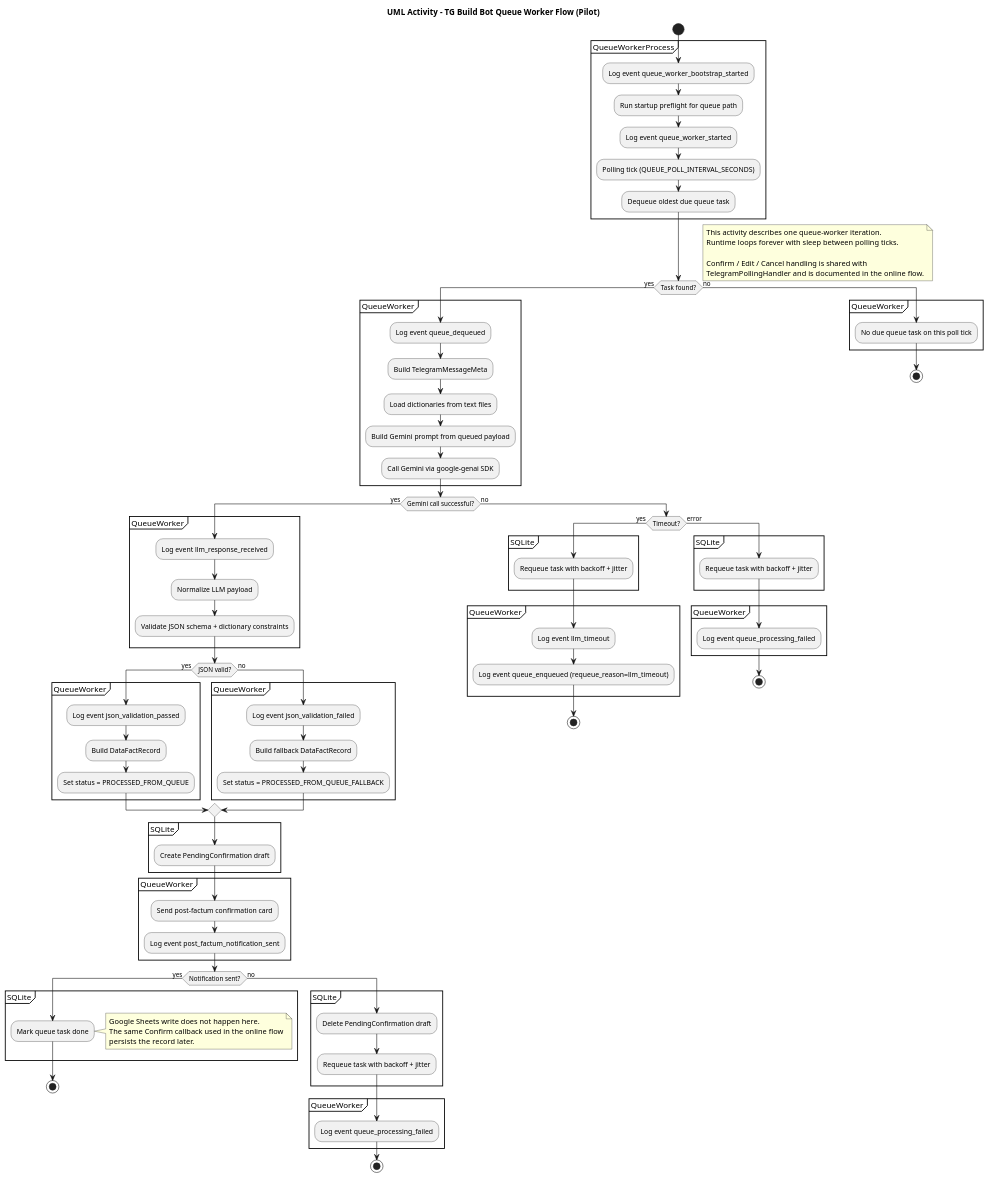
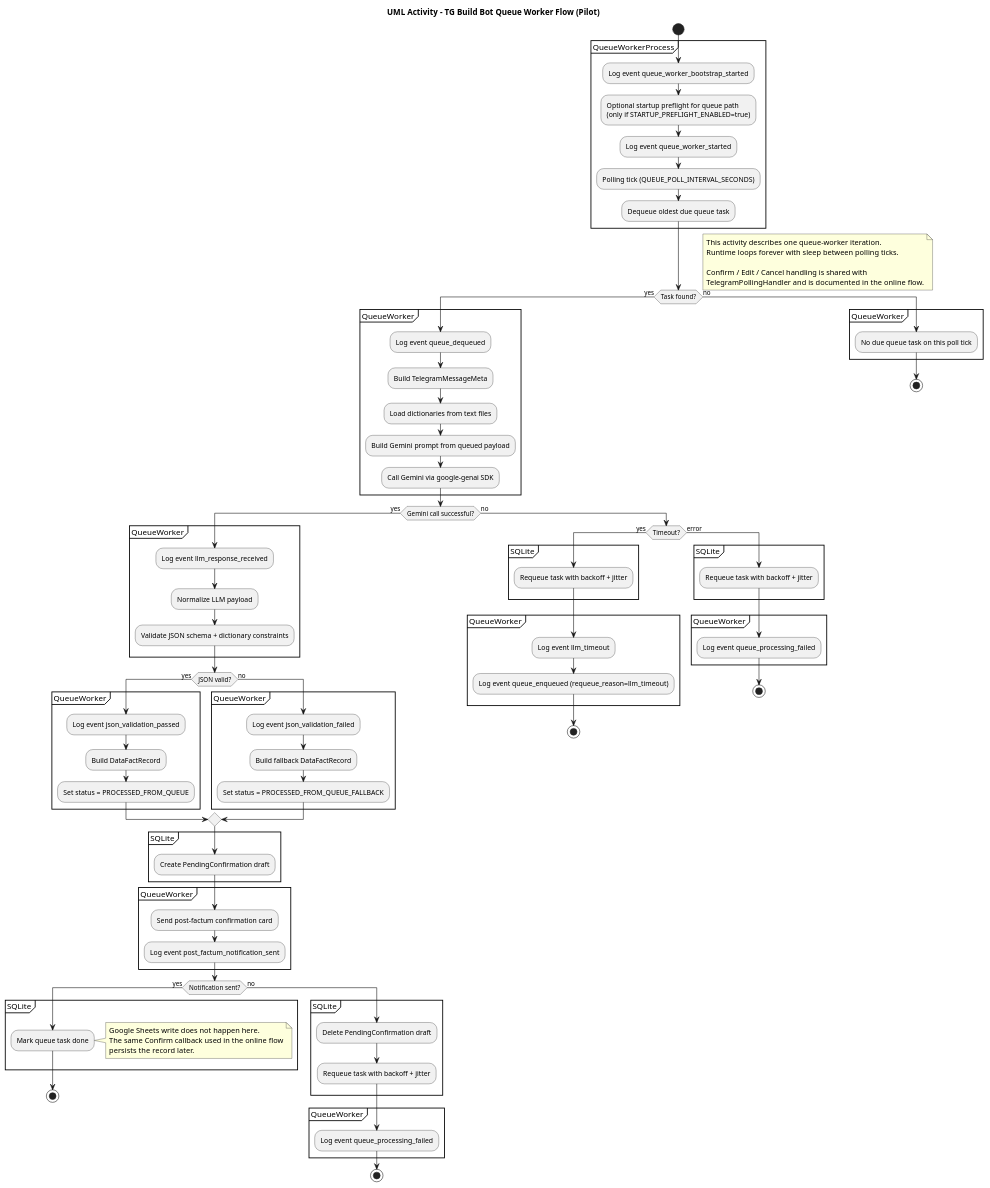
The diagram in docs/uml/reporting_queue_worker_activity.puml (kolobook146/Civil-Engineer-Classifier-Bot), drawn with PlantUML before and after one commit. The commit also changed 14 other files, not shown here.

Commit message:
Update Readme.md make startup preflight optional for pilot

```diff
--- a/docs/uml/reporting_queue_worker_activity.puml
+++ b/docs/uml/reporting_queue_worker_activity.puml
@@ -1,114 +1,114 @@
 @startuml
 title UML Activity - TG Build Bot Queue Worker Flow (Pilot)
 
 start
 
 partition QueueWorkerProcess {
   :Log event queue_worker_bootstrap_started;
-  :Run startup preflight for queue path;
+  :Optional startup preflight for queue path\n(only if STARTUP_PREFLIGHT_ENABLED=true);
   :Log event queue_worker_started;
   :Polling tick (QUEUE_POLL_INTERVAL_SECONDS);
   :Dequeue oldest due queue task;
 }
 
 if (Task found?) then (yes)
   partition QueueWorker {
     :Log event queue_dequeued;
     :Build TelegramMessageMeta;
     :Load dictionaries from text files;
     :Build Gemini prompt from queued payload;
     :Call Gemini via google-genai SDK;
   }
 
   if (Gemini call successful?) then (yes)
     partition QueueWorker {
       :Log event llm_response_received;
       :Normalize LLM payload;
       :Validate JSON schema + dictionary constraints;
     }
 
     if (JSON valid?) then (yes)
       partition QueueWorker {
         :Log event json_validation_passed;
         :Build DataFactRecord;
         :Set status = PROCESSED_FROM_QUEUE;
       }
     else (no)
       partition QueueWorker {
         :Log event json_validation_failed;
         :Build fallback DataFactRecord;
         :Set status = PROCESSED_FROM_QUEUE_FALLBACK;
       }
     endif
 
     partition SQLite {
       :Create PendingConfirmation draft;
     }
 
     partition QueueWorker {
       :Send post-factum confirmation card;
       :Log event post_factum_notification_sent;
     }
 
     if (Notification sent?) then (yes)
       partition SQLite {
         :Mark queue task done;
       }
       note right
         Google Sheets write does not happen here.
         The same Confirm callback used in the online flow
         persists the record later.
       end note
       stop
     else (no)
       partition SQLite {
         :Delete PendingConfirmation draft;
         :Requeue task with backoff + jitter;
       }
 
       partition QueueWorker {
         :Log event queue_processing_failed;
       }
       stop
     endif
 
   else (no)
     if (Timeout?) then (yes)
       partition SQLite {
         :Requeue task with backoff + jitter;
       }
 
       partition QueueWorker {
         :Log event llm_timeout;
         :Log event queue_enqueued (requeue_reason=llm_timeout);
       }
       stop
 
     else (error)
       partition SQLite {
         :Requeue task with backoff + jitter;
       }
 
       partition QueueWorker {
         :Log event queue_processing_failed;
       }
       stop
     endif
   endif
 
 else (no)
   partition QueueWorker {
     :No due queue task on this poll tick;
   }
   stop
 endif
 
 note right
   This activity describes one queue-worker iteration.
   Runtime loops forever with sleep between polling ticks.
 
   Confirm / Edit / Cancel handling is shared with
   TelegramPollingHandler and is documented in the online flow.
 end note
 
 @enduml
```
